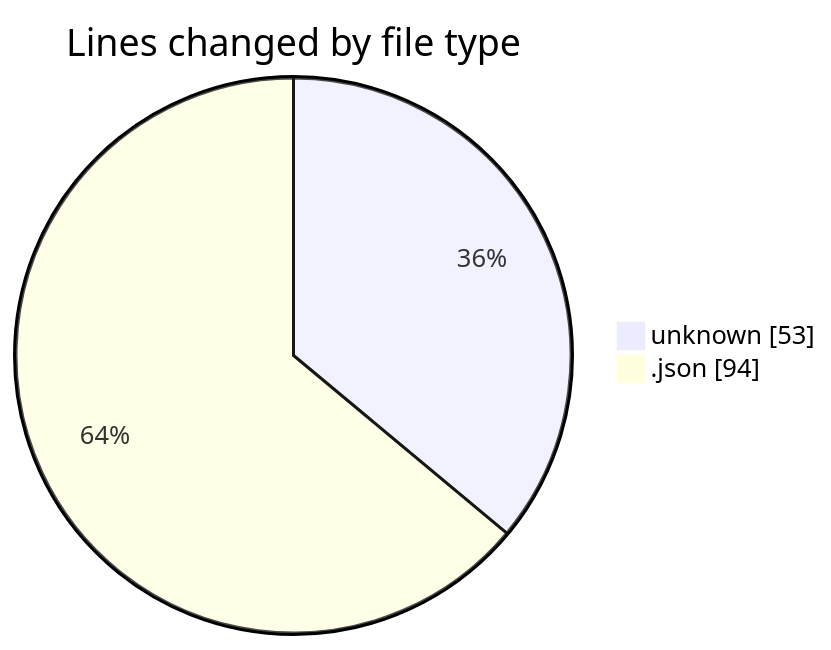
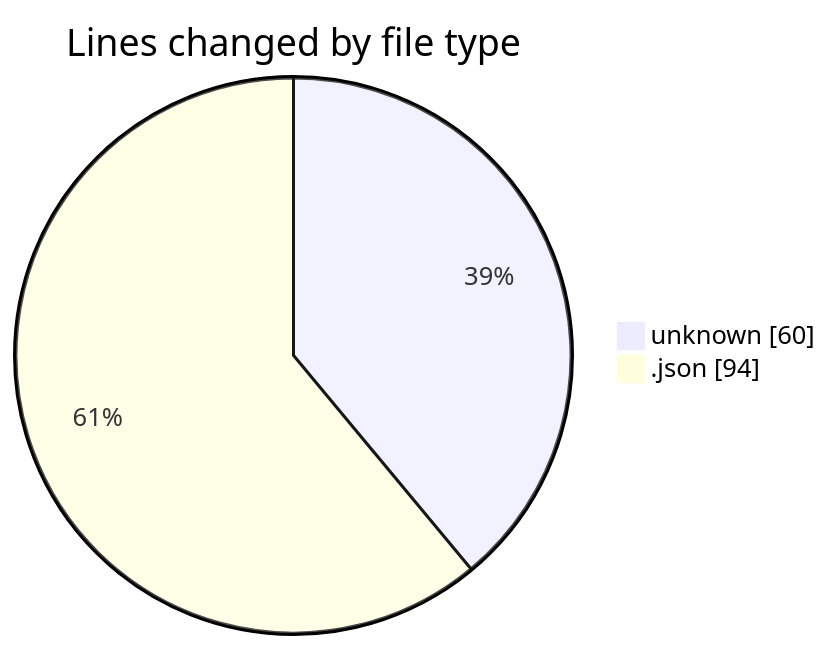
The first of 2 diagrams in 2025-07-24/cohera/README.md (JenPaints/code-tracking), drawn with Mermaid before and after one commit. The commit also changed other lines of this file and 1 other file, not shown here.

````diff
--- a/2025-07-24/cohera/README.md
+++ b/2025-07-24/cohera/README.md
@@ -23,6 +23,6 @@
 ```mermaid
 pie showData
 title Lines changed by file type
-"unknown" : 53
+"unknown" : 60
 ".json" : 94
 ```
````
